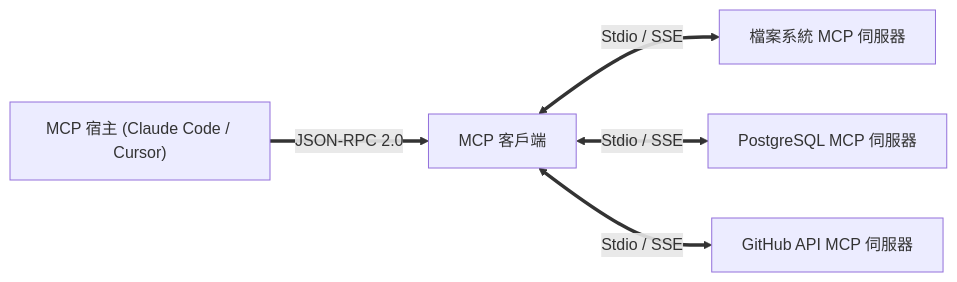
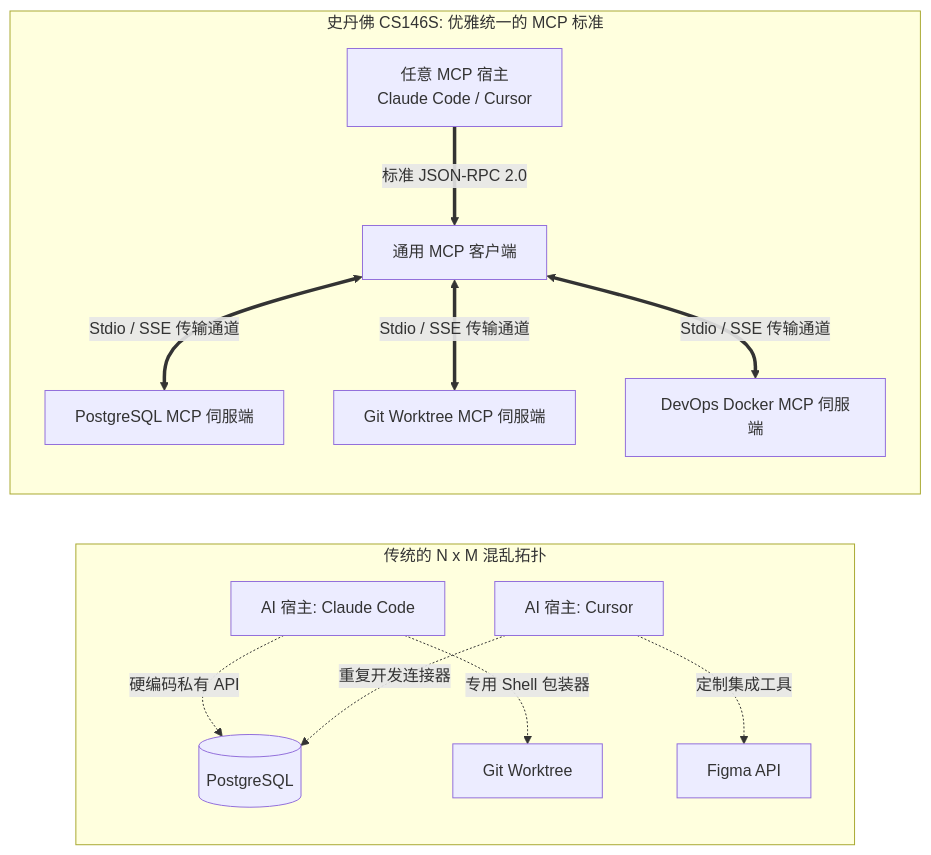
The first of 3 diagrams in i18n/zh-Hant/docusaurus-plugin-content-blog/2026-10-24-stanford-cs146s-3/index.md (jbjihwan/global_blog), drawn with Mermaid before and after one commit. The commit also changed other lines of this file and 10 other files, not shown here.

````diff
--- a/i18n/zh-Hant/docusaurus-plugin-content-blog/2026-10-24-stanford-cs146s-3/index.md
+++ b/i18n/zh-Hant/docusaurus-plugin-content-blog/2026-10-24-stanford-cs146s-3/index.md
@@ -25,7 +27,16 @@
 ```mermaid
 flowchart LR
-    Host["MCP 宿主 (Claude Code / Cursor)"] ==>|JSON-RPC 2.0| Client["MCP 客戶端"]
-    Client <==>|Stdio / SSE| S1["檔案系統 MCP 伺服器"]
-    Client <==>|Stdio / SSE| S2["PostgreSQL MCP 伺服器"]
-    Client <==>|Stdio / SSE| S3["GitHub API MCP 伺服器"]
+    subgraph 传统NxM碎片化问题 ["传统的 N x M 混乱拓扑"]
+        A1[AI 宿主: Claude Code] -.->|硬编码私有 API| R1[(PostgreSQL)]
+        A1 -.->|专用 Shell 包装器| R2[Git Worktree]
+        A2[AI 宿主: Cursor] -.->|重复开发连接器| R1
+        A2 -.->|定制集成工具| R3[Figma API]
+    end
+
+    subgraph 现代MCP标准架构 ["史丹佛 CS146S: 优雅统一的 MCP 标准"]
+        H1[任意 MCP 宿主<br/>Claude Code / Cursor] ==>|标准 JSON-RPC 2.0| C[通用 MCP 客户端]
+        C <==>|Stdio / SSE 传输通道| S1[PostgreSQL MCP 伺服端]
+        C <==>|Stdio / SSE 传输通道| S2[Git Worktree MCP 伺服端]
+        C <==>|Stdio / SSE 传输通道| S3[DevOps Docker MCP 伺服端]
+    end
 ```
````
